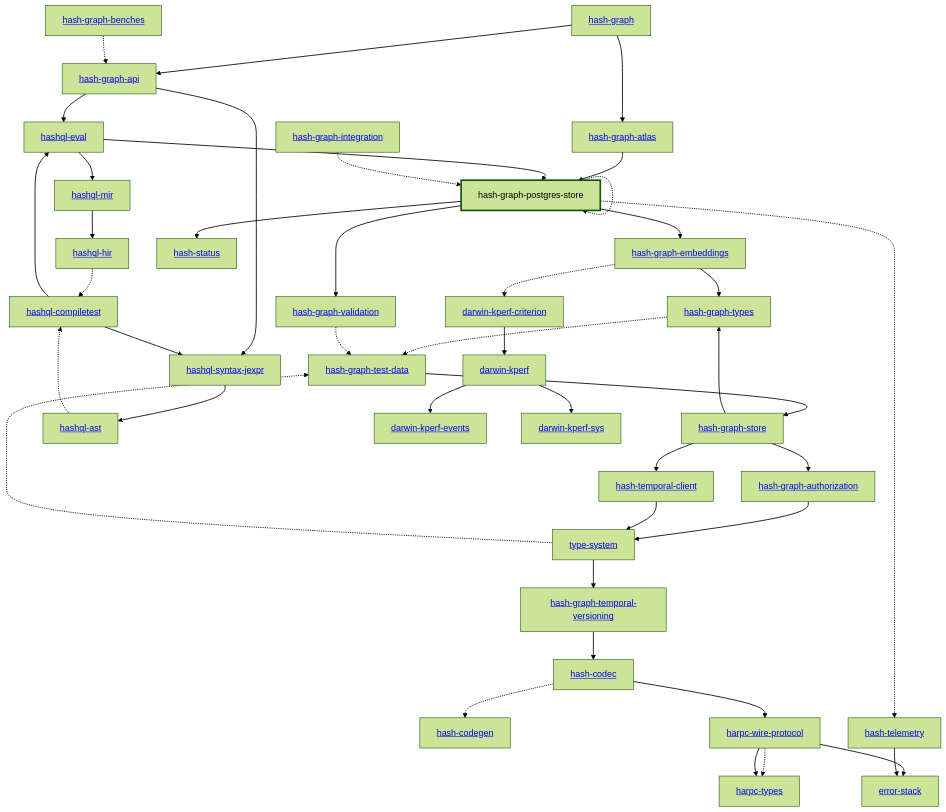
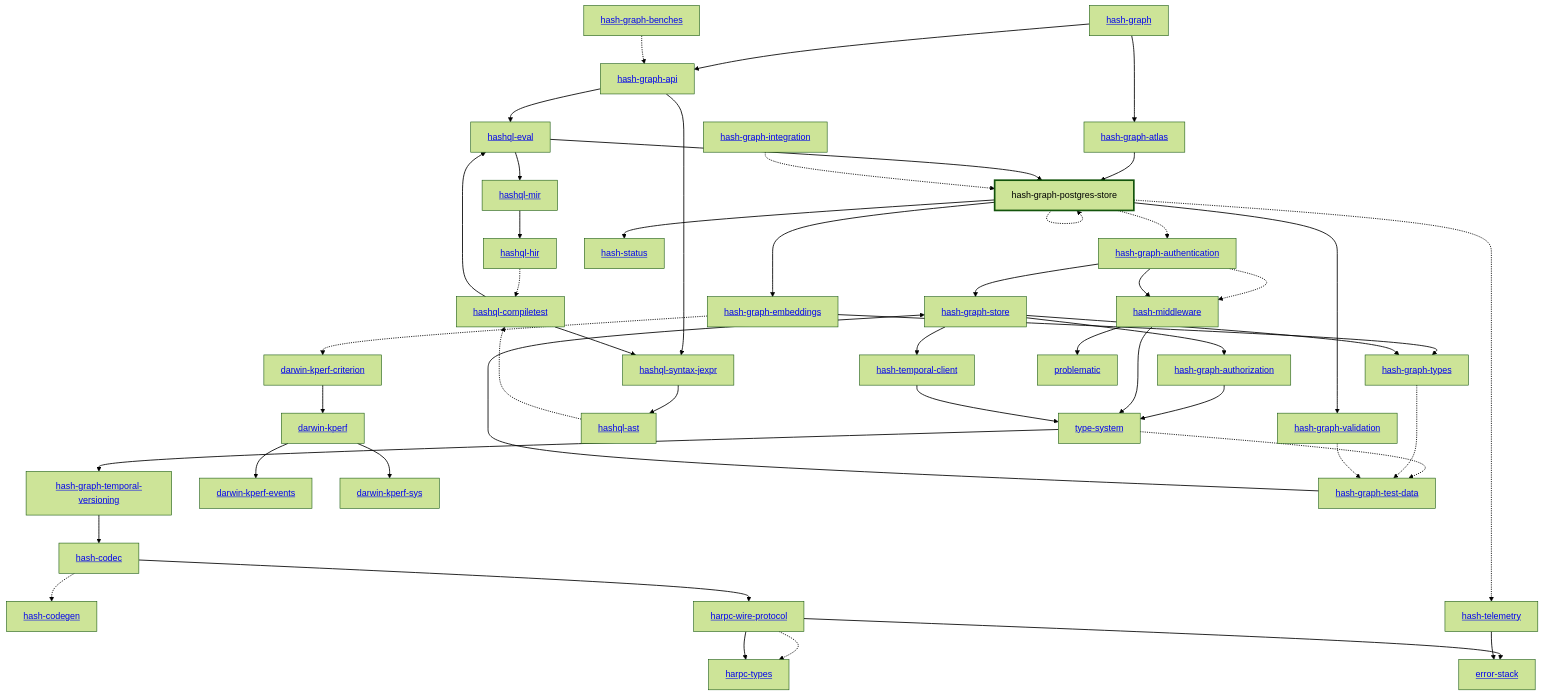
Before and after one commit to hashintel/hash: the diagram in libs/@local/graph/postgres-store/docs/dependency-diagram.mmd, drawn with Mermaid (forest theme). The commit also changed 47 other files, not shown here.

Commit message:
Authenticate public Graph API requests with API tokens

```diff
--- a/libs/@local/graph/postgres-store/docs/dependency-diagram.mmd
+++ b/libs/@local/graph/postgres-store/docs/dependency-diagram.mmd
@@ -1,85 +1,94 @@
 graph TD
     linkStyle default stroke-width:1.5px
     classDef default stroke-width:1px
     classDef root stroke-width:3px
     classDef dev stroke-width:1px
     classDef build stroke-width:1px
     %% Legend
     %% --> : Normal dependency
     %% -.-> : Dev dependency
     %% ---> : Build dependency
     0[<a href="../hash_graph/index.html">hash-graph</a>]
     1[<a href="../type_system/index.html">type-system</a>]
     2[<a href="../hash_codec/index.html">hash-codec</a>]
     3[<a href="../hash_codegen/index.html">hash-codegen</a>]
     4[<a href="../hash_graph_api/index.html">hash-graph-api</a>]
     5[<a href="../hash_graph_atlas/index.html">hash-graph-atlas</a>]
-    6[<a href="../hash_graph_authorization/index.html">hash-graph-authorization</a>]
-    7[<a href="../hash_graph_embeddings/index.html">hash-graph-embeddings</a>]
-    8[hash-graph-postgres-store]
-    class 8 root
-    9[<a href="../hash_graph_store/index.html">hash-graph-store</a>]
-    10[<a href="../hash_graph_temporal_versioning/index.html">hash-graph-temporal-versioning</a>]
-    11[<a href="../hash_graph_types/index.html">hash-graph-types</a>]
-    12[<a href="../hash_graph_validation/index.html">hash-graph-validation</a>]
-    13[<a href="../harpc_types/index.html">harpc-types</a>]
-    14[<a href="../harpc_wire_protocol/index.html">harpc-wire-protocol</a>]
-    15[<a href="../hashql_ast/index.html">hashql-ast</a>]
-    16[<a href="../hashql_compiletest/index.html">hashql-compiletest</a>]
-    17[<a href="../hashql_eval/index.html">hashql-eval</a>]
-    18[<a href="../hashql_hir/index.html">hashql-hir</a>]
-    19[<a href="../hashql_mir/index.html">hashql-mir</a>]
-    20[<a href="../hashql_syntax_jexpr/index.html">hashql-syntax-jexpr</a>]
-    21[<a href="../hash_status/index.html">hash-status</a>]
-    22[<a href="../hash_telemetry/index.html">hash-telemetry</a>]
-    23[<a href="../hash_temporal_client/index.html">hash-temporal-client</a>]
-    24[<a href="../darwin_kperf/index.html">darwin-kperf</a>]
-    25[<a href="../darwin_kperf_criterion/index.html">darwin-kperf-criterion</a>]
-    26[<a href="../darwin_kperf_events/index.html">darwin-kperf-events</a>]
-    27[<a href="../darwin_kperf_sys/index.html">darwin-kperf-sys</a>]
-    28[<a href="../error_stack/index.html">error-stack</a>]
-    29[<a href="../hash_graph_benches/index.html">hash-graph-benches</a>]
-    30[<a href="../hash_graph_integration/index.html">hash-graph-integration</a>]
-    31[<a href="../hash_graph_test_data/index.html">hash-graph-test-data</a>]
+    6[<a href="../hash_graph_authentication/index.html">hash-graph-authentication</a>]
+    7[<a href="../hash_graph_authorization/index.html">hash-graph-authorization</a>]
+    8[<a href="../hash_graph_embeddings/index.html">hash-graph-embeddings</a>]
+    9[hash-graph-postgres-store]
+    class 9 root
+    10[<a href="../hash_graph_store/index.html">hash-graph-store</a>]
+    11[<a href="../hash_graph_temporal_versioning/index.html">hash-graph-temporal-versioning</a>]
+    12[<a href="../hash_graph_types/index.html">hash-graph-types</a>]
+    13[<a href="../hash_graph_validation/index.html">hash-graph-validation</a>]
+    14[<a href="../harpc_types/index.html">harpc-types</a>]
+    15[<a href="../harpc_wire_protocol/index.html">harpc-wire-protocol</a>]
+    16[<a href="../hashql_ast/index.html">hashql-ast</a>]
+    17[<a href="../hashql_compiletest/index.html">hashql-compiletest</a>]
+    18[<a href="../hashql_eval/index.html">hashql-eval</a>]
+    19[<a href="../hashql_hir/index.html">hashql-hir</a>]
+    20[<a href="../hashql_mir/index.html">hashql-mir</a>]
+    21[<a href="../hashql_syntax_jexpr/index.html">hashql-syntax-jexpr</a>]
+    22[<a href="../hash_middleware/index.html">hash-middleware</a>]
+    23[<a href="../hash_status/index.html">hash-status</a>]
+    24[<a href="../hash_telemetry/index.html">hash-telemetry</a>]
+    25[<a href="../hash_temporal_client/index.html">hash-temporal-client</a>]
+    26[<a href="../darwin_kperf/index.html">darwin-kperf</a>]
+    27[<a href="../darwin_kperf_criterion/index.html">darwin-kperf-criterion</a>]
+    28[<a href="../darwin_kperf_events/index.html">darwin-kperf-events</a>]
+    29[<a href="../darwin_kperf_sys/index.html">darwin-kperf-sys</a>]
+    30[<a href="../error_stack/index.html">error-stack</a>]
+    31[<a href="../problematic/index.html">problematic</a>]
+    32[<a href="../hash_graph_benches/index.html">hash-graph-benches</a>]
+    33[<a href="../hash_graph_integration/index.html">hash-graph-integration</a>]
+    34[<a href="../hash_graph_test_data/index.html">hash-graph-test-data</a>]
     0 --> 4
     0 --> 5
-    1 --> 10
-    1 -.-> 31
+    1 --> 11
+    1 -.-> 34
     2 -.-> 3
-    2 --> 14
-    4 --> 17
-    4 --> 20
-    5 --> 8
-    6 --> 1
-    7 --> 11
-    7 -.-> 25
-    8 --> 7
-    8 -.-> 8
+    2 --> 15
+    4 --> 18
+    4 --> 21
+    5 --> 9
+    6 --> 10
+    6 -.-> 22
+    6 --> 22
+    7 --> 1
     8 --> 12
-    8 --> 21
-    8 -.-> 22
-    9 --> 6
-    9 --> 11
+    8 -.-> 27
+    9 -.-> 6
+    9 --> 8
+    9 -.-> 9
+    9 --> 13
     9 --> 23
-    10 --> 2
-    11 -.-> 31
-    12 -.-> 31
-    14 -.-> 13
-    14 --> 13
-    14 --> 28
-    15 -.-> 16
-    16 --> 17
-    16 --> 20
-    17 --> 8
-    17 --> 19
-    18 -.-> 16
-    19 --> 18
-    20 --> 15
-    22 --> 28
-    23 --> 1
-    24 --> 26
-    24 --> 27
-    25 --> 24
-    29 -.-> 4
-    30 -.-> 8
-    31 --> 9
+    9 -.-> 24
+    10 --> 7
+    10 --> 12
+    10 --> 25
+    11 --> 2
+    12 -.-> 34
+    13 -.-> 34
+    15 -.-> 14
+    15 --> 14
+    15 --> 30
+    16 -.-> 17
+    17 --> 18
+    17 --> 21
+    18 --> 9
+    18 --> 20
+    19 -.-> 17
+    20 --> 19
+    21 --> 16
+    22 --> 1
+    22 --> 31
+    24 --> 30
+    25 --> 1
+    26 --> 28
+    26 --> 29
+    27 --> 26
+    32 -.-> 4
+    33 -.-> 9
+    34 --> 10
```
